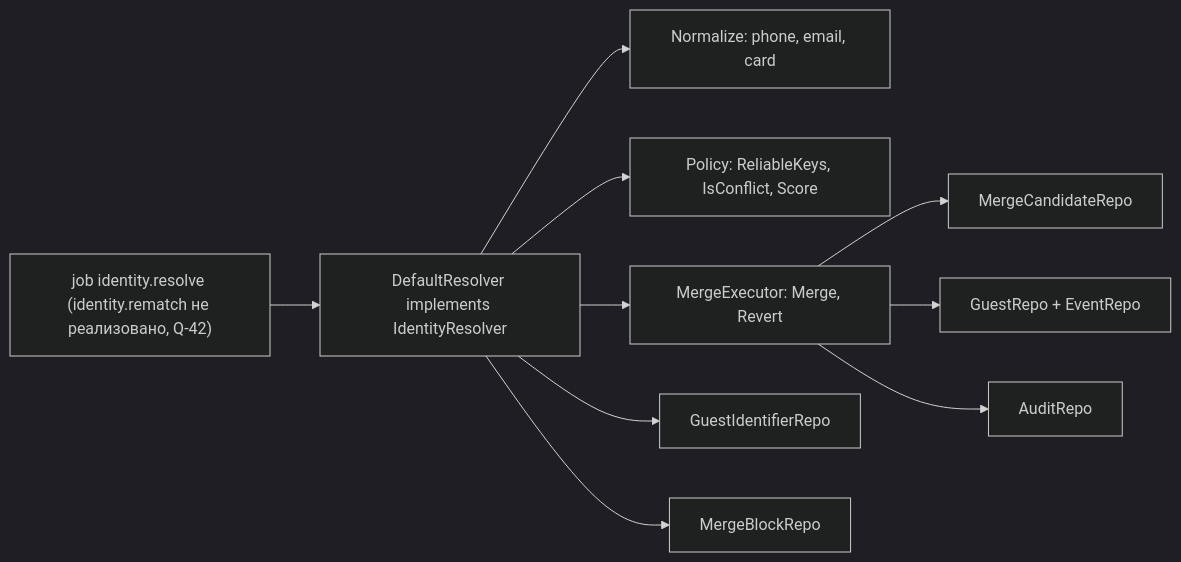
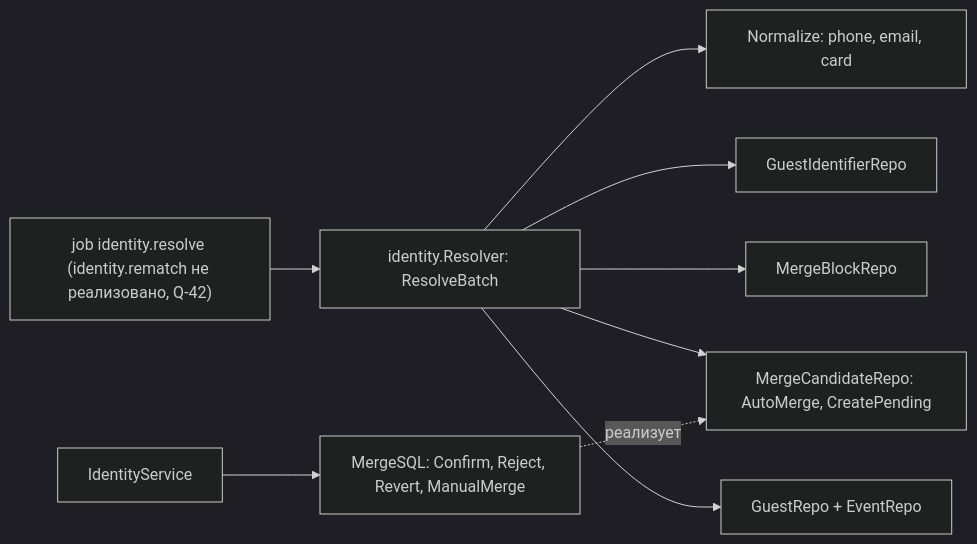
The fifth of 5 diagrams in docs/design/12-c4.md (MangriMen/UCRP), drawn with Mermaid (dark theme) before and after one commit. The commit also changed other lines of this file and 7 other files, not shown here.

````diff
--- a/docs/design/12-c4.md
+++ b/docs/design/12-c4.md
@@ -114,22 +114,20 @@
 ```mermaid
 flowchart LR
   JOB["job identity.resolve (identity.rematch не реализовано, Q-42)"]
-  DR["DefaultResolver implements IdentityResolver"]
+  DR["identity.Resolver: ResolveBatch"]
   NZ["Normalize: phone, email, card"]
-  PO["Policy: ReliableKeys, IsConflict, Score"]
-  ME["MergeExecutor: Merge, Revert"]
   GI["GuestIdentifierRepo"]
   UB["MergeBlockRepo"]
-  MC["MergeCandidateRepo"]
+  MC["MergeCandidateRepo: AutoMerge, CreatePending"]
   GR["GuestRepo + EventRepo"]
-  AR["AuditRepo"]
+  MS["MergeSQL: Confirm, Reject, Revert, ManualMerge"]
+  IS["IdentityService"]
   JOB --> DR
   DR --> NZ
   DR --> GI
   DR --> UB
-  DR --> PO
-  DR --> ME
-  ME --> MC
-  ME --> GR
-  ME --> AR
+  DR --> MC
+  DR --> GR
+  IS --> MS
+  MS -.реализует.-> MC
 ```
````
